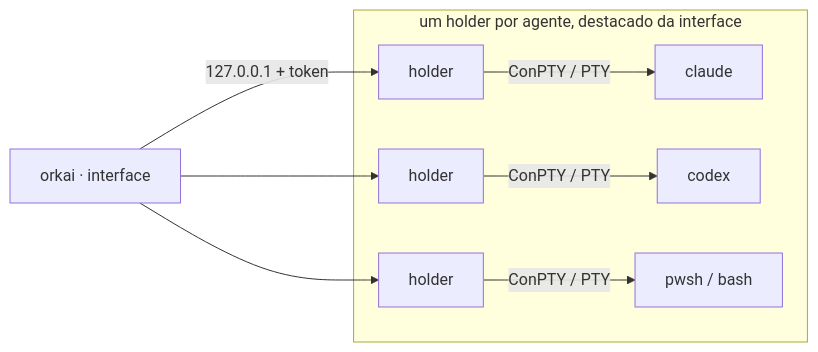
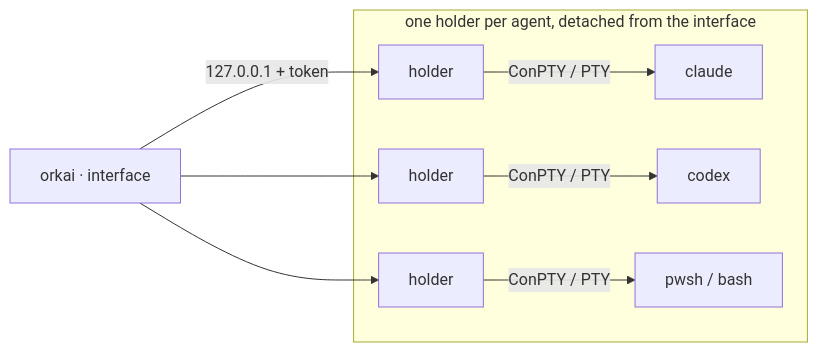
Before and after one commit to lucasmarujo/octo: the diagram in README.md, drawn with Mermaid. The commit also changed other lines of this file and 9 other files, not shown here.

````diff
--- a/README.md
+++ b/README.md
@@ -479,12 +483,12 @@
 ```mermaid
 flowchart LR
     ui["orkai · interface"]
-    subgraph holders["um holder por agente, destacado da interface"]
+    subgraph holders["one holder per agent, detached from the interface"]
         h1["holder"] -- "ConPTY / PTY" --> a1["claude"]
         h2["holder"] -- "ConPTY / PTY" --> a2["codex"]
         h3["holder"] -- "ConPTY / PTY" --> a3["pwsh / bash"]
     end
     ui -- "127.0.0.1 + token" --> h1
     ui --> h2
     ui --> h3
 ```
````
